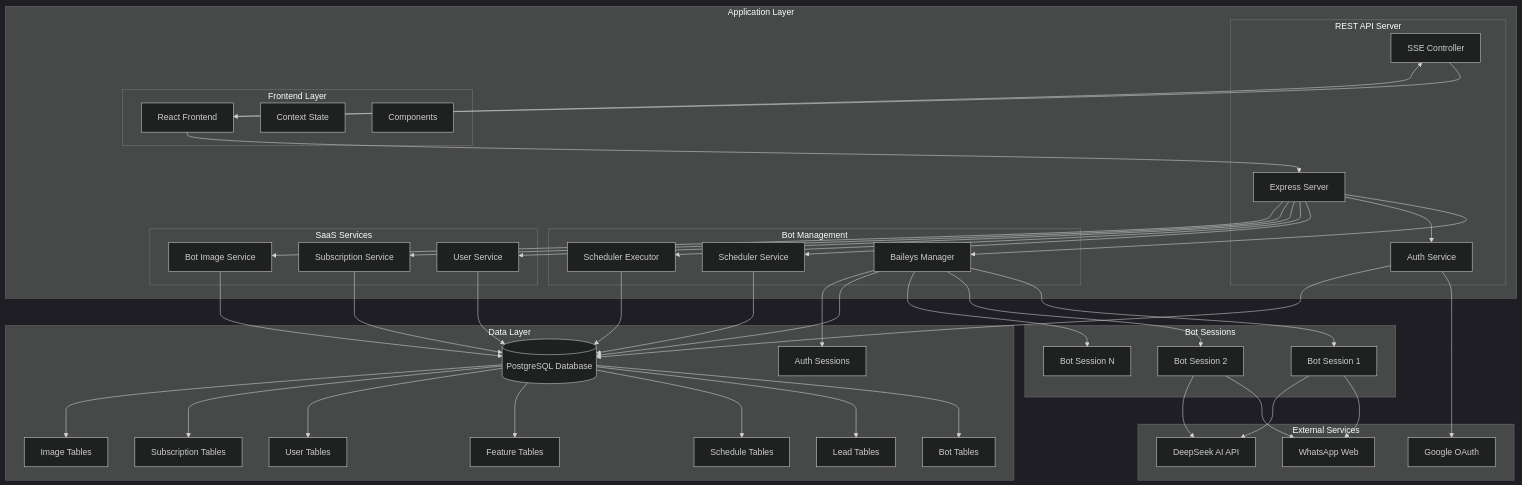
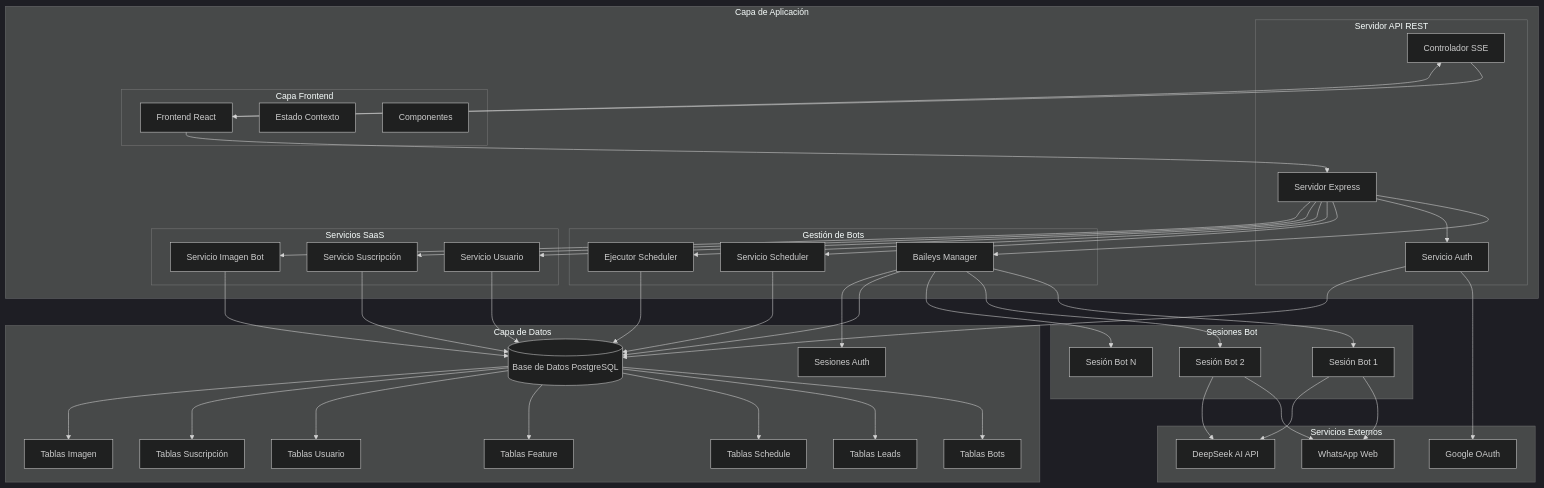
The first of 3 diagrams in docs/ARCHITECTURE.md (da4vid864/bots), drawn with Mermaid (dark theme) before and after one commit. The commit also changed other lines of this file and 46 other files, not shown here.

````diff
--- a/docs/ARCHITECTURE.md
+++ b/docs/ARCHITECTURE.md
@@ -51,53 +51,53 @@
 ```mermaid
 graph TB
-    subgraph "External Services"
+    subgraph "Servicios Externos"
         DS[DeepSeek AI API]
         WA[WhatsApp Web]
         GOOG[Google OAuth]
     end
 
-    subgraph "Application Layer"
-        subgraph "REST API Server"
-            SERVER[Express Server]
-            AUTH[Auth Service]
-            SSE[SSE Controller]
+    subgraph "Capa de Aplicación"
+        subgraph "Servidor API REST"
+            SERVER[Servidor Express]
+            AUTH[Servicio Auth]
+            SSE[Controlador SSE]
         end
         
-        subgraph "Bot Management"
+        subgraph "Gestión de Bots"
             BM[Baileys Manager]
-            SCHED[Scheduler Service]
-            SCHEDEXEC[Scheduler Executor]
+            SCHED[Servicio Scheduler]
+            SCHEDEXEC[Ejecutor Scheduler]
         end
         
-        subgraph "SaaS Services"
-            USER[User Service]
-            SUB[Subscription Service]
-            IMG[Bot Image Service]
+        subgraph "Servicios SaaS"
+            USER[Servicio Usuario]
+            SUB[Servicio Suscripción]
+            IMG[Servicio Imagen Bot]
         end
         
-        subgraph "Frontend Layer"
-            REACT[React Frontend]
-            CONTEXT[Context State]
-            COMP[Components]
+        subgraph "Capa Frontend"
+            REACT[Frontend React]
+            CONTEXT[Estado Contexto]
+            COMP[Componentes]
         end
     end
 
-    subgraph "Data Layer"
-        DB[(PostgreSQL Database)]
-        BOTDB[Bot Tables]
-        LEADDB[Lead Tables]
-        SCHEDDB[Schedule Tables]
-        FEATDB[Feature Tables]
-        USERDB[User Tables]
-        SUBDB[Subscription Tables]
-        IMGDB[Image Tables]
-        AUTHSESS[Auth Sessions]
+    subgraph "Capa de Datos"
+        DB[(Base de Datos PostgreSQL)]
+        BOTDB[Tablas Bots]
+        LEADDB[Tablas Leads]
+        SCHEDDB[Tablas Schedule]
+        FEATDB[Tablas Feature]
+        USERDB[Tablas Usuario]
+        SUBDB[Tablas Suscripción]
+        IMGDB[Tablas Imagen]
+        AUTHSESS[Sesiones Auth]
     end
 
-    subgraph "Bot Sessions"
-        BOT1[Bot Session 1]
-        BOT2[Bot Session 2]
-        BOTN[Bot Session N]
+    subgraph "Sesiones Bot"
+        BOT1[Sesión Bot 1]
+        BOT2[Sesión Bot 2]
+        BOTN[Sesión Bot N]
     end
 
     REACT --> SERVER
````
